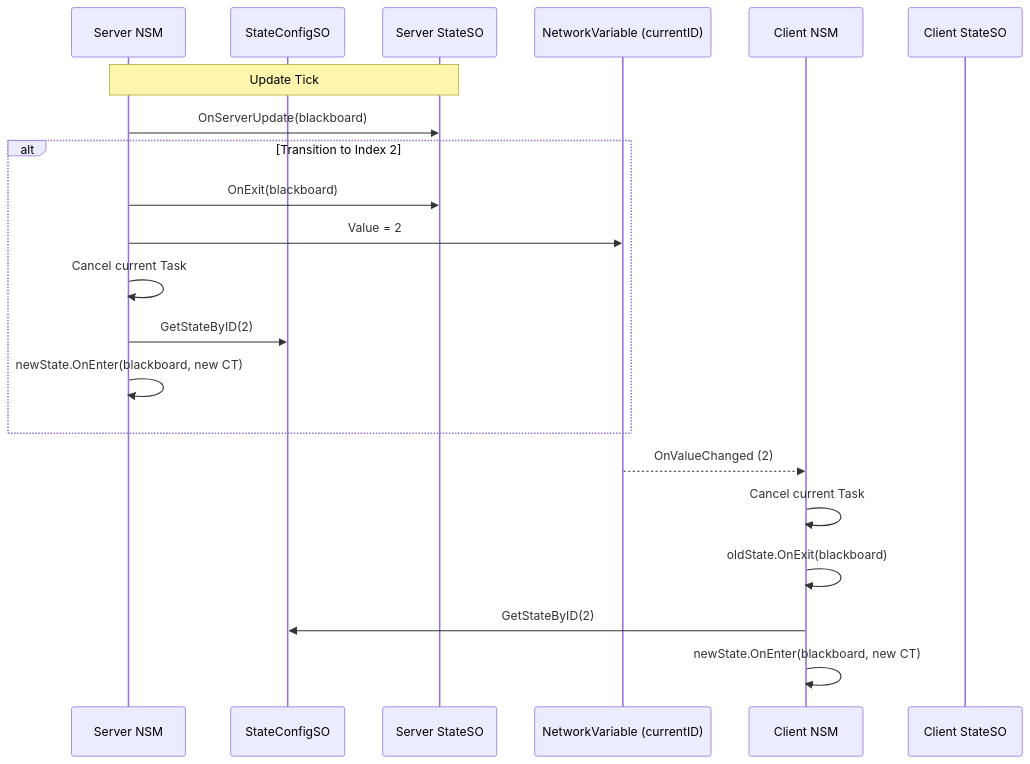
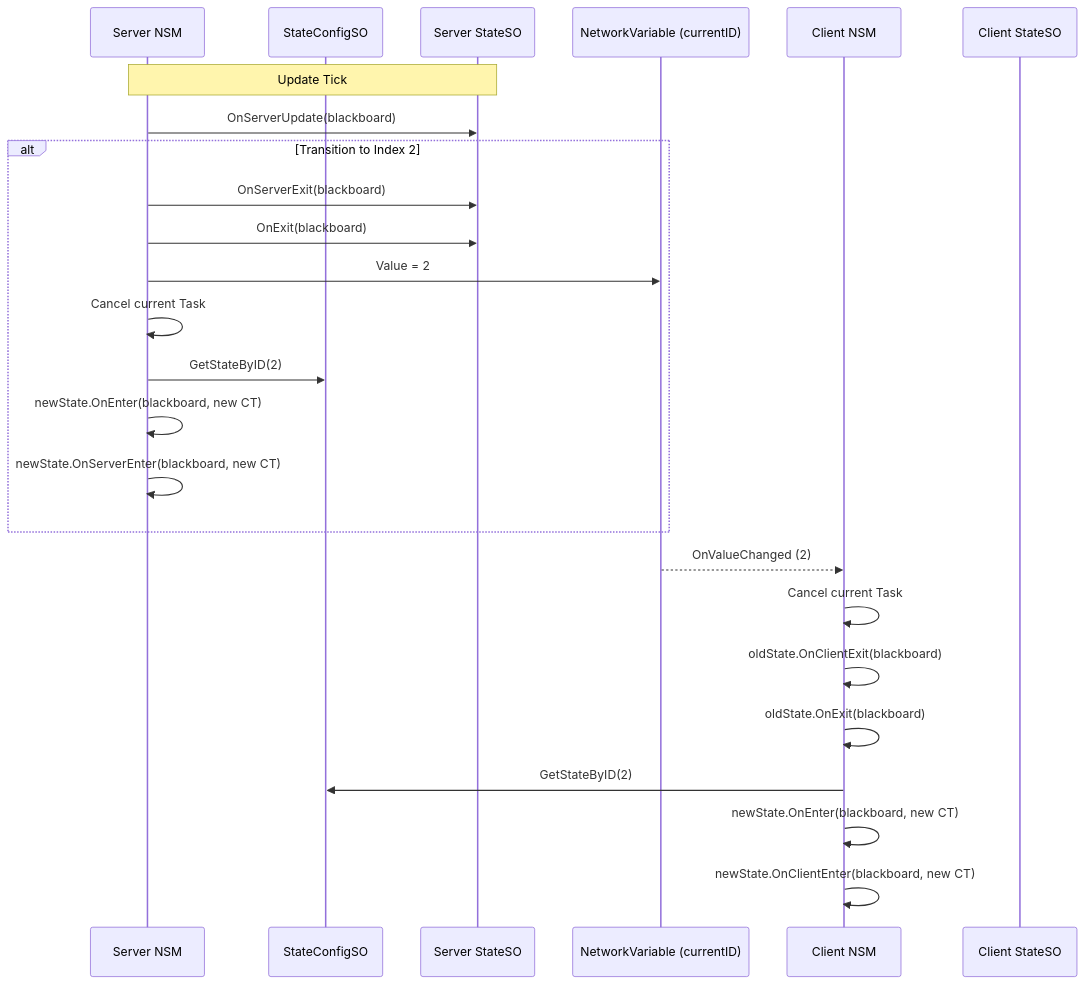
One commit to eraflo/FallGuys changed the third of 3 diagrams in Assets/Docs/state_machine_guide.md. Above: the diagram before and after it, drawn with Mermaid. The commit also changed other lines of this file and 66 other files, not shown here.

````diff
--- a/Assets/Docs/state_machine_guide.md
+++ b/Assets/Docs/state_machine_guide.md
@@ -88,26 +92,30 @@
 ```mermaid
 sequenceDiagram
     participant S_NSM as Server NSM
     participant Config as StateConfigSO
     participant S_State as Server StateSO
     participant NV as NetworkVariable (currentID)
     participant C_NSM as Client NSM
     participant C_State as Client StateSO
 
     Note over S_NSM, S_State: Update Tick
     S_NSM->>S_State: OnServerUpdate(blackboard)
     
     alt Transition to Index 2
+        S_NSM->>S_State: OnServerExit(blackboard)
         S_NSM->>S_State: OnExit(blackboard)
         S_NSM->>NV: Value = 2
         S_NSM->>S_NSM: Cancel current Task
         S_NSM->>Config: GetStateByID(2)
         S_NSM->>S_NSM: newState.OnEnter(blackboard, new CT)
+        S_NSM->>S_NSM: newState.OnServerEnter(blackboard, new CT)
     end
 
     NV-->>C_NSM: OnValueChanged (2)
     C_NSM->>C_NSM: Cancel current Task
+    C_NSM->>C_NSM: oldState.OnClientExit(blackboard)
     C_NSM->>C_NSM: oldState.OnExit(blackboard)
     C_NSM->>Config: GetStateByID(2)
     C_NSM->>C_NSM: newState.OnEnter(blackboard, new CT)
+    C_NSM->>C_NSM: newState.OnClientEnter(blackboard, new CT)
 ```
````
